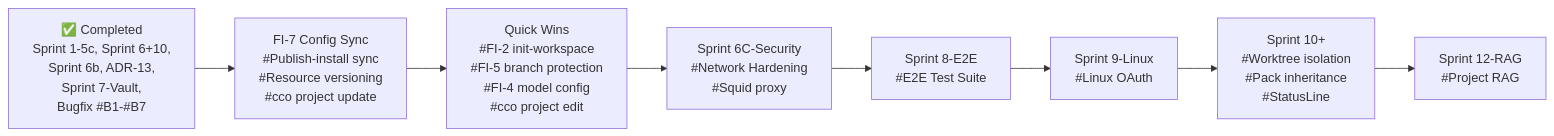
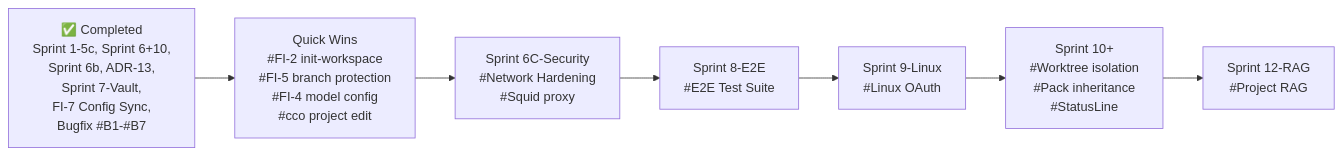
The diagram in docs/maintainer/decisions/roadmap.md (alergyonthestage/claude-orchestrator), drawn with Mermaid before and after one commit. The commit also changed other lines of this file and 5 other files, not shown here.

````diff
--- a/docs/maintainer/decisions/roadmap.md
+++ b/docs/maintainer/decisions/roadmap.md
@@ -54,20 +54,18 @@
 ```mermaid
 graph LR
-    DONE["✅ Completed<br/>Sprint 1-5c, Sprint 6+10,<br/>Sprint 6b, ADR-13,<br/>Sprint 7-Vault,<br/>Bugfix #B1-#B7"]
+    DONE["✅ Completed<br/>Sprint 1-5c, Sprint 6+10,<br/>Sprint 6b, ADR-13,<br/>Sprint 7-Vault,<br/>FI-7 Config Sync,<br/>Bugfix #B1-#B7"]
 
-    FI7["FI-7 Config Sync<br/>#Publish-install sync<br/>#Resource versioning<br/>#cco project update"]
     QW["Quick Wins<br/>#FI-2 init-workspace<br/>#FI-5 branch protection<br/>#FI-4 model config<br/>#cco project edit"]
     S6S["Sprint 6C-Security<br/>#Network Hardening<br/>#Squid proxy"]
     S8E["Sprint 8-E2E<br/>#E2E Test Suite"]
     S9L["Sprint 9-Linux<br/>#Linux OAuth"]
     S10["Sprint 10+<br/>#Worktree isolation<br/>#Pack inheritance<br/>#StatusLine"]
     S12R["Sprint 12-RAG<br/>#Project RAG"]
 
-    DONE --> FI7
-    FI7 --> QW
+    DONE --> QW
     QW --> S6S
     S6S --> S8E
     S8E --> S9L
     S9L --> S10
     S10 --> S12R
 ```
````
